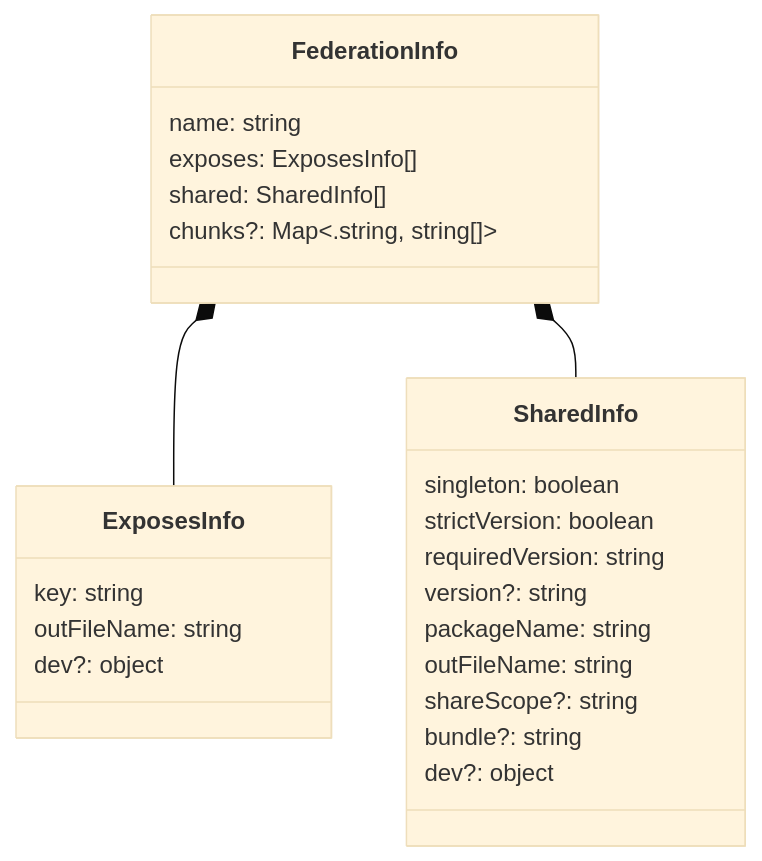
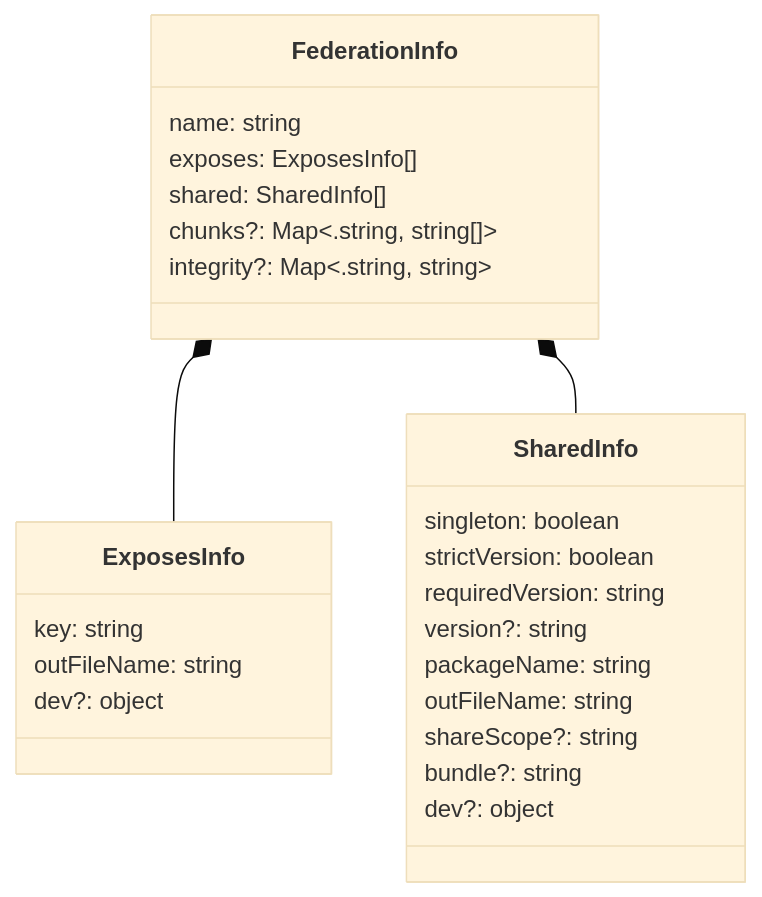
The third of 5 diagrams in docs/architecture.md (native-federation/orchestrator), drawn with Mermaid (base theme) before and after one commit. The commit also changed other lines of this file and 30 other files, not shown here.

````diff
--- a/docs/architecture.md
+++ b/docs/architecture.md
@@ -154,28 +154,29 @@
 ```mermaid
 classDiagram
     FederationInfo *-- ExposesInfo
     FederationInfo *-- SharedInfo
 
     class FederationInfo {
         name: string
         exposes: ExposesInfo[]
         shared: SharedInfo[]
         chunks?: Map<.string, string[]>
+        integrity?: Map<.string, string>
     }
     class ExposesInfo{
         key: string
         outFileName: string
         dev?: object
     }
     class SharedInfo{
         singleton: boolean
         strictVersion: boolean
         requiredVersion: string
         version?: string
         packageName: string
         outFileName: string
         shareScope?: string
         bundle?: string
         dev?: object
     }
 ```
````
